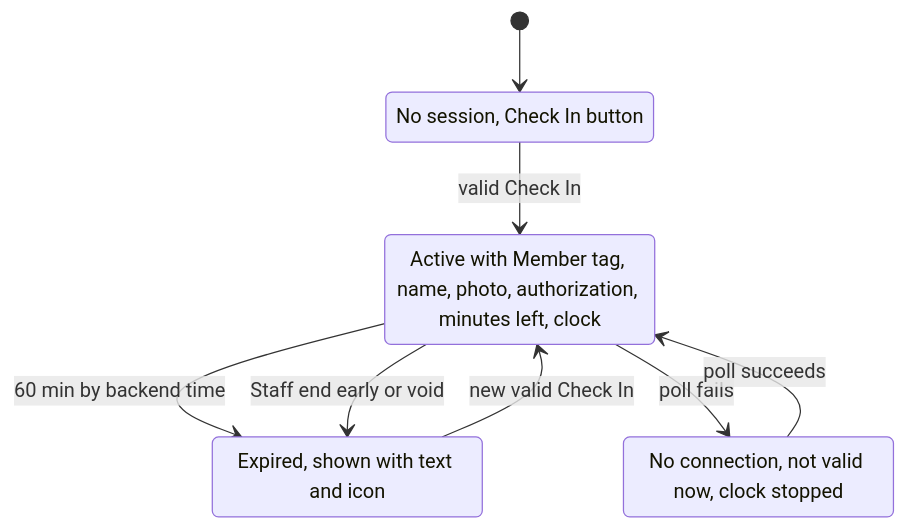
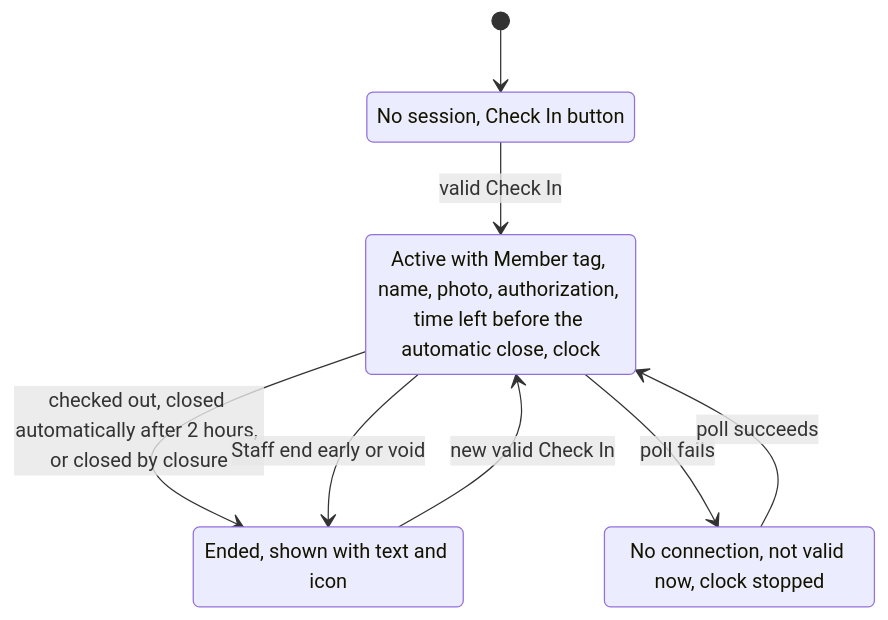
The sixth of 12 diagrams in docs/design/check-in-flows.md (Th3-Minorities/natatorio-gym-app), drawn with Mermaid before and after one commit. The commit also changed other lines of this file and 8 other files, not shown here.

````diff
--- a/docs/design/check-in-flows.md
+++ b/docs/design/check-in-flows.md
@@ -207,15 +216,15 @@
 ```mermaid
 stateDiagram-v2
   state "No session, Check In button" as pm_none
-  state "Active with Member tag, name, photo, authorization, minutes left, clock" as pm_active
-  state "Expired, shown with text and icon" as pm_expired
+  state "Active with Member tag, name, photo, authorization, time left before the automatic close, clock" as pm_active
+  state "Ended, shown with text and icon" as pm_expired
   state "No connection, not valid now, clock stopped" as pm_offline
 
   [*] --> pm_none
   pm_none --> pm_active : valid Check In
-  pm_active --> pm_expired : 60 min by backend time
+  pm_active --> pm_expired : checked out, closed automatically after 2 hours, or closed by closure
   pm_active --> pm_expired : Staff end early or void
   pm_expired --> pm_active : new valid Check In
   pm_active --> pm_offline : poll fails
   pm_offline --> pm_active : poll succeeds
 ```
````
